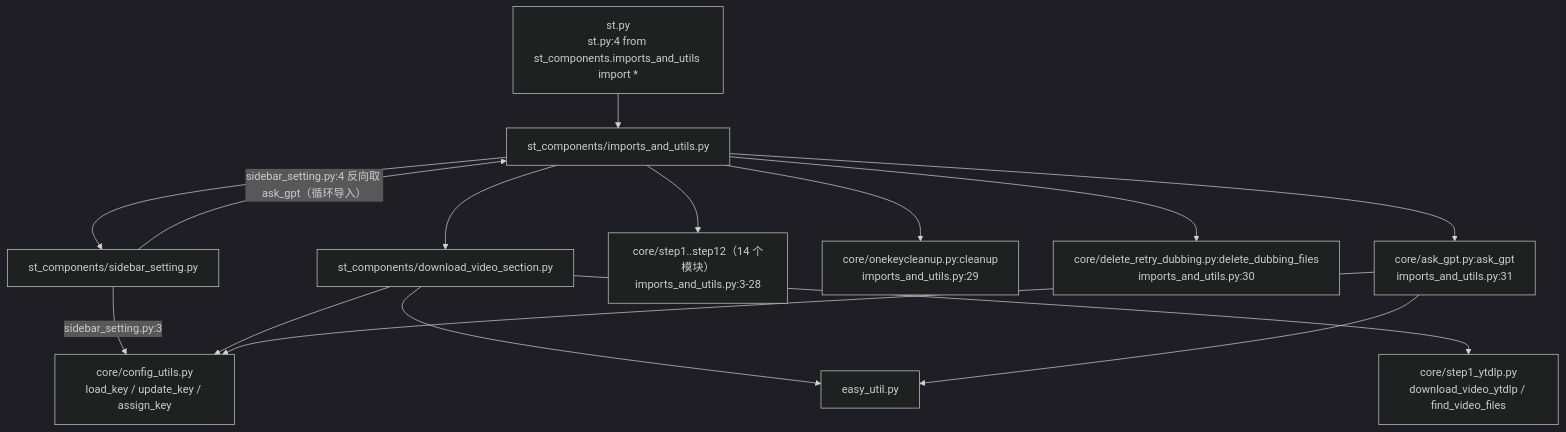
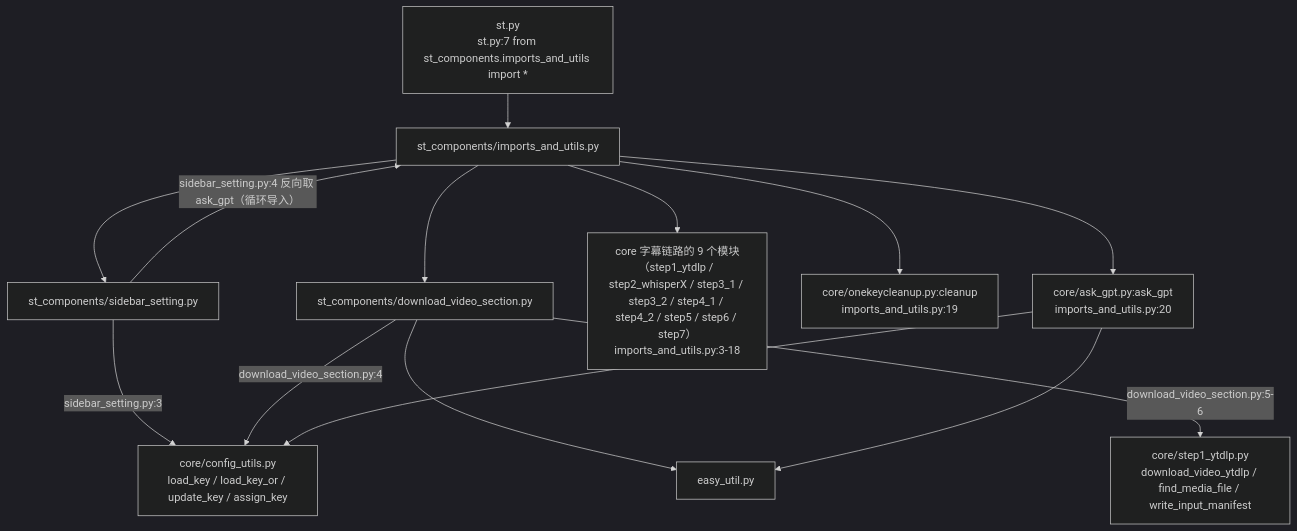
One commit to Brzjomo/VideoLingoMove changed the first of 3 diagrams in devdocs/04-interfaces/02-Streamlit界面组件.md. Above: the diagram before and after it, drawn with Mermaid (dark theme). The commit also changed other lines of this file and 30 other files, not shown here.

````diff
--- a/devdocs/04-interfaces/02-Streamlit界面组件.md
+++ b/devdocs/04-interfaces/02-Streamlit界面组件.md
@@ -52,29 +54,27 @@
 ```mermaid
 flowchart TD
-    stpy["st.py<br/>st.py:4 from st_components.imports_and_utils import *"]
+    stpy["st.py<br/>st.py:7 from st_components.imports_and_utils import *"]
     iu["st_components/imports_and_utils.py"]
     sb["st_components/sidebar_setting.py"]
     dv["st_components/download_video_section.py"]
-    cfg["core/config_utils.py<br/>load_key / update_key / assign_key"]
-    yt["core/step1_ytdlp.py<br/>download_video_ytdlp / find_video_files"]
+    cfg["core/config_utils.py<br/>load_key / load_key_or / update_key / assign_key"]
+    yt["core/step1_ytdlp.py<br/>download_video_ytdlp / find_media_file / write_input_manifest"]
     eu["easy_util.py"]
-    steps["core/step1..step12（14 个模块）<br/>imports_and_utils.py:3-28"]
-    cl["core/onekeycleanup.py:cleanup<br/>imports_and_utils.py:29"]
-    dl["core/delete_retry_dubbing.py:delete_dubbing_files<br/>imports_and_utils.py:30"]
-    ag["core/ask_gpt.py:ask_gpt<br/>imports_and_utils.py:31"]
+    steps["core 字幕链路的 9 个模块（step1_ytdlp / step2_whisperX / step3_1 / step3_2 / step4_1 / step4_2 / step5 / step6 / step7）<br/>imports_and_utils.py:3-18"]
+    cl["core/onekeycleanup.py:cleanup<br/>imports_and_utils.py:19"]
+    ag["core/ask_gpt.py:ask_gpt<br/>imports_and_utils.py:20"]
 
     stpy --> iu
     iu --> steps
     iu --> cl
-    iu --> dl
     iu --> ag
     iu --> dv
     iu --> sb
     sb -->|"sidebar_setting.py:3"| cfg
     sb -->|"sidebar_setting.py:4 反向取 ask_gpt（循环导入）"| iu
-    dv --> cfg
-    dv --> yt
+    dv -->|"download_video_section.py:4"| cfg
+    dv -->|"download_video_section.py:5-6"| yt
     dv --> eu
     ag --> cfg
     ag --> eu
 ```
````
